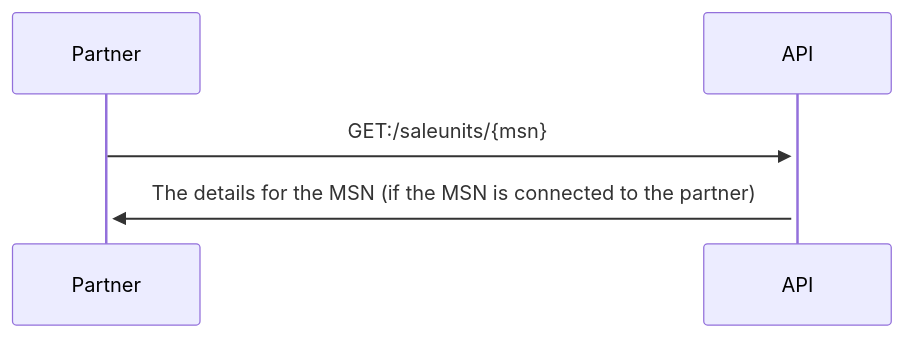
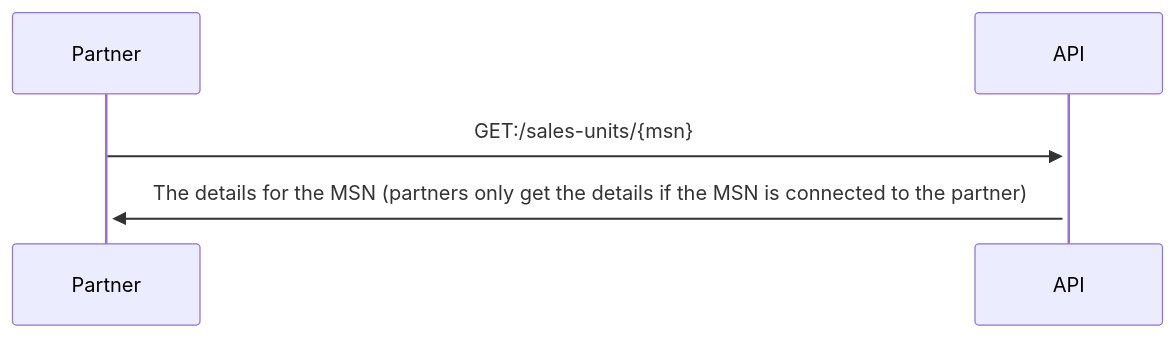
Before and after one commit to vippsas/management-api: the second of 3 diagrams in management-api-guide.md, drawn with Mermaid. The commit also changed other lines of this file and 1 other file, not shown here.

````diff
--- a/management-api-guide.md
+++ b/management-api-guide.md
@@ -128,5 +128,5 @@
 ```mermaid
 sequenceDiagram
-    Partner->>+API: GET:/saleunits/{msn}
-    API->>+Partner: The details for the MSN (if the MSN is connected to the partner)
+    Partner->>+API: GET:/sales-units/{msn}
+    API->>+Partner: The details for the MSN (partners only get the details if the MSN is connected to the partner)
 ```
````
